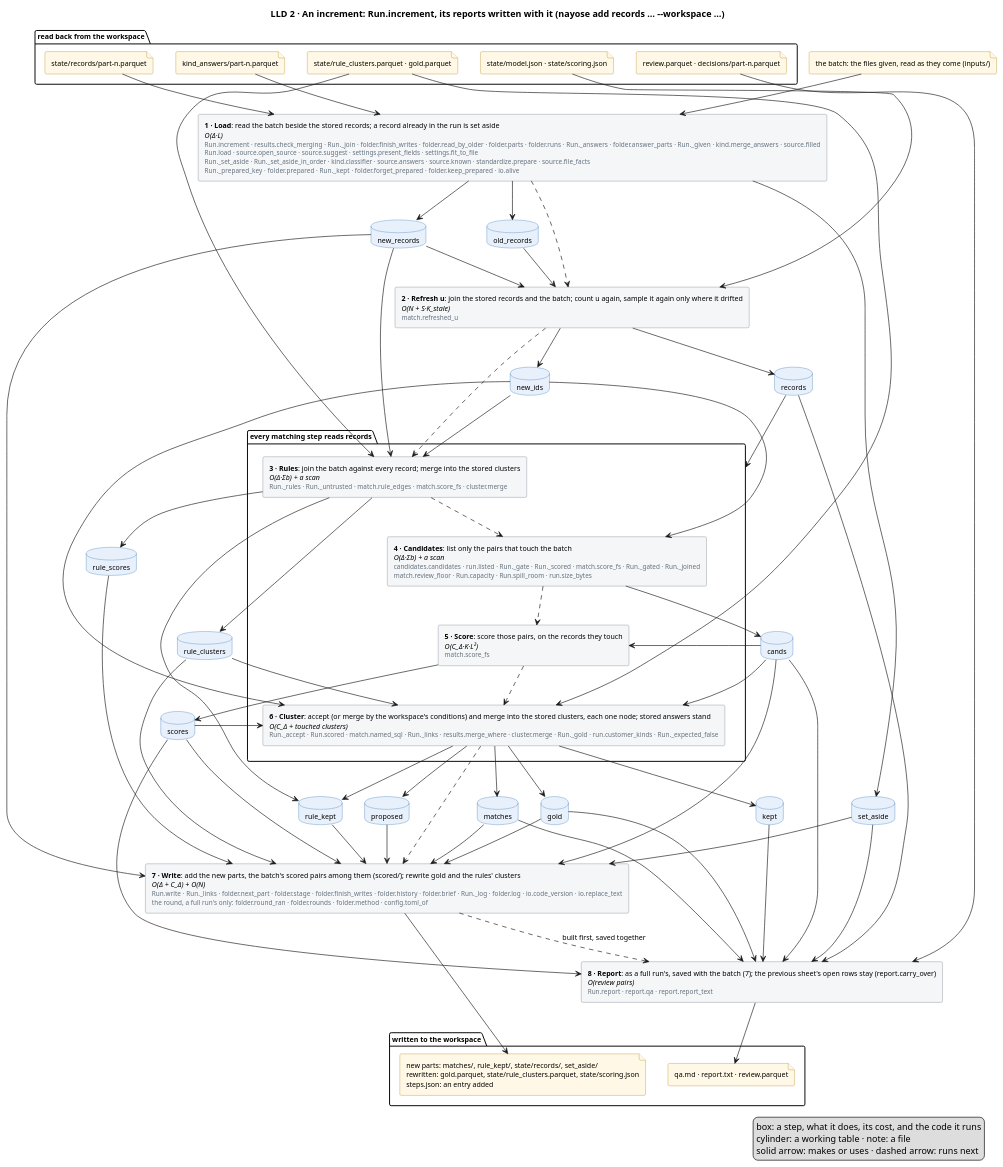
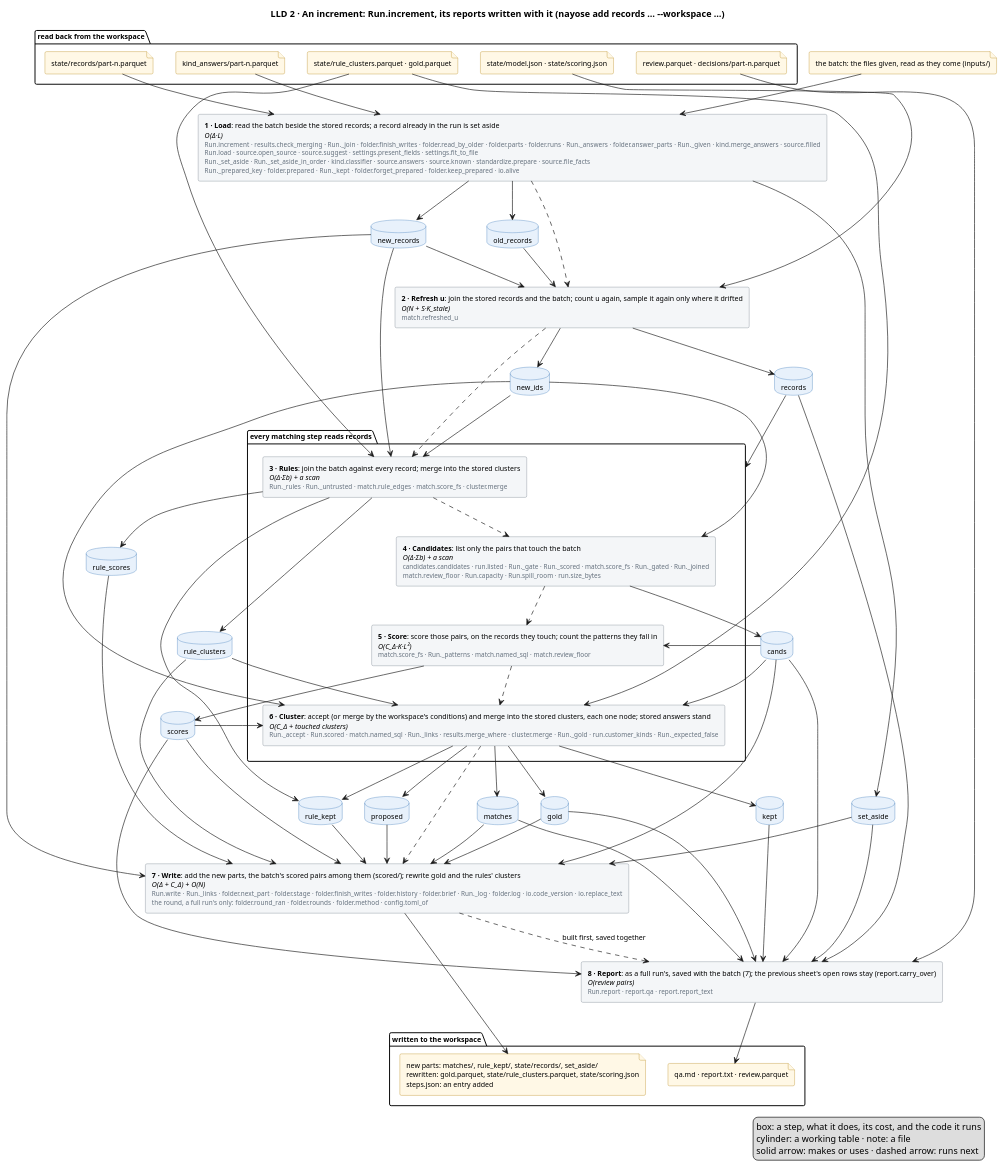
Before and after one commit to mvsbm/entity_matching: the diagram in docs/diagrams/increment.puml, drawn with PlantUML. The commit also changed 11 other files, not shown here.

Commit message:
What a sweep of the page found set right: the score chart counts every run's pairs, Explore counts the pairs it lists, a search reads values as people type them and says a field too common once, and Show 0 shows one

```diff
--- a/docs/diagrams/increment.puml
+++ b/docs/diagrams/increment.puml
@@ -1,124 +1,124 @@
 @startuml increment
 title LLD 2 · An increment: Run.increment, its reports written with it (nayose add records … ~--workspace …)
 skinparam defaultFontSize 11
 skinparam rectangle {
   BackgroundColor #F4F6F8
   BorderColor #65717E
 }
 skinparam database {
   BackgroundColor #E8F1FB
   BorderColor #2C6DB3
 }
 skinparam file {
   BackgroundColor #FFF8E6
   BorderColor #B07D00
 }
 
 package "read back from the workspace" {
   file "state/model.json · state/scoring.json" as f_model
   file "state/records/part-n.parquet" as f_records
   file "state/rule_clusters.parquet · gold.parquet" as f_clusters
   file "kind_answers/part-n.parquet" as f_answers
   file "review.parquet · decisions/part-n.parquet" as f_sheet
 }
 file "the batch: the files given, read as they come (inputs/)" as f_batch
 
 
 rectangle "<b>1 · Load</b>: read the batch beside the stored records; a record already in the run is set aside\n<i>O(Δ·L)</i>\n<size:10><color:#65717E>Run.increment · results.check_merging · Run._join · folder.finish_writes · folder.read_by_older · folder.parts · folder.runs · Run._answers · folder.answer_parts · Run._given · kind.merge_answers · source.filled</color></size>\n<size:10><color:#65717E>Run.load · source.open_source · source.suggest · settings.present_fields · settings.fit_to_file</color></size>\n<size:10><color:#65717E>Run._set_aside · Run._set_aside_in_order · kind.classifier · source.answers · source.known · standardize.prepare · source.file_facts</color></size>\n<size:10><color:#65717E>Run._prepared_key · folder.prepared · Run._kept · folder.forget_prepared · folder.keep_prepared · io.alive</color></size>" as load
 rectangle "<b>2 · Refresh u</b>: join the stored records and the batch; count u again, sample it again only where it drifted\n<i>O(N + S·K_stale)</i>\n<size:10><color:#65717E>match.refreshed_u</color></size>" as fit
 package "every matching step reads records" as matching {
   rectangle "<b>3 · Rules</b>: join the batch against every record; merge into the stored clusters\n<i>O(Δ·Σb) + a scan</i>\n<size:10><color:#65717E>Run._rules · Run._untrusted · match.rule_edges · match.score_fs · cluster.merge</color></size>" as rules
   rectangle "<b>4 · Candidates</b>: list only the pairs that touch the batch\n<i>O(Δ·Σb) + a scan</i>\n<size:10><color:#65717E>candidates.candidates · run.listed · Run._gate · Run._scored · match.score_fs · Run._gated · Run._joined</color></size>\n<size:10><color:#65717E>match.review_floor · Run.capacity · Run.spill_room · run.size_bytes</color></size>" as candidates
-  rectangle "<b>5 · Score</b>: score those pairs, on the records they touch\n<i>O(C_Δ·K·L²)</i>\n<size:10><color:#65717E>match.score_fs</color></size>" as score
+  rectangle "<b>5 · Score</b>: score those pairs, on the records they touch; count the patterns they fall in\n<i>O(C_Δ·K·L²)</i>\n<size:10><color:#65717E>match.score_fs · Run._patterns · match.named_sql · match.review_floor</color></size>" as score
   rectangle "<b>6 · Cluster</b>: accept (or merge by the workspace's conditions) and merge into the stored clusters, each one node; stored answers stand\n<i>O(C_Δ + touched clusters)</i>\n<size:10><color:#65717E>Run._accept · Run.scored · match.named_sql · Run._links · results.merge_where · cluster.merge · Run._gold · run.customer_kinds · Run._expected_false</color></size>" as cluster
 }
 rectangle "<b>7 · Write</b>: add the new parts, the batch's scored pairs among them (scored/); rewrite gold and the rules' clusters\n<i>O(Δ + C_Δ) + O(N)</i>\n<size:10><color:#65717E>Run.write · Run._links · folder.next_part · folder.stage · folder.finish_writes · folder.history · folder.brief · Run._log · folder.log · io.code_version · io.replace_text</color></size>\n<size:10><color:#65717E>the round, a full run's only: folder.round_ran · folder.rounds · folder.method · config.toml_of</color></size>" as write
 rectangle "<b>8 · Report</b>: as a full run's, saved with the batch (7); the previous sheet's open rows stay (report.carry_over)\n<i>O(review pairs)</i>\n<size:10><color:#65717E>Run.report · report.qa · report.report_text</color></size>" as report
 database "old_records" as old_records
 database "new_records" as new_records
 database "set_aside" as set_aside
 database "records" as records
 database "new_ids" as new_ids
 database "rule_clusters" as rule_clusters
 database "rule_kept" as rule_kept
 database "cands" as cands
 database "scores" as scores
 database "rule_scores" as rule_scores
 database "matches" as matches
 database "proposed" as proposed
 database "kept" as kept
 database "gold" as gold
 
 package "written to the workspace" {
   file "new parts: matches/, rule_kept/, state/records/, set_aside/\nrewritten: gold.parquet, state/rule_clusters.parquet, state/scoring.json\nsteps.json: an entry added" as f_out
   file "qa.md · report.txt · review.parquet" as f_people
 }
 
 f_batch --> load
 f_records --> load
 f_answers --> load
 f_model --> fit
 f_clusters --> rules
 f_clusters --> cluster
 f_sheet --> report
 
 load ..> fit
 fit ..> rules
 rules ..> candidates
 candidates ..> score
 score ..> cluster
 cluster ..> write
 write ..> report : built first, saved together
 
 load --> old_records
 load --> new_records
 load --> set_aside
 old_records --> fit
 new_records --> fit
 fit --> records
 fit --> new_ids
 records --> matching
 new_records --> rules
 new_ids --> rules
 rules --> rule_clusters
 rules --> rule_kept
 rules --> rule_scores
 rule_scores --> write
 cands --> write
 scores --> write
 new_ids --> candidates
 candidates --> cands
 cands --> score
 score --> scores
 new_ids --> cluster
 rule_clusters --> cluster
 cands --> cluster
 scores --> cluster
 cluster --> matches
 cluster --> proposed
 cluster --> kept
 cluster --> rule_kept
 kept --> report
 proposed --> write
 cluster --> gold
 new_records --> write
 rule_clusters --> write
 rule_kept --> write
 matches --> write
 gold --> write
 set_aside --> write
 records --> report
 cands --> report
 scores --> report
 matches --> report
 gold --> report
 set_aside --> report
 
 write --> f_out
 report --> f_people
 legend right
   box: a step, what it does, its cost, and the code it runs
   cylinder: a working table · note: a file
   solid arrow: makes or uses · dashed arrow: runs next
 endlegend
 @enduml
```
